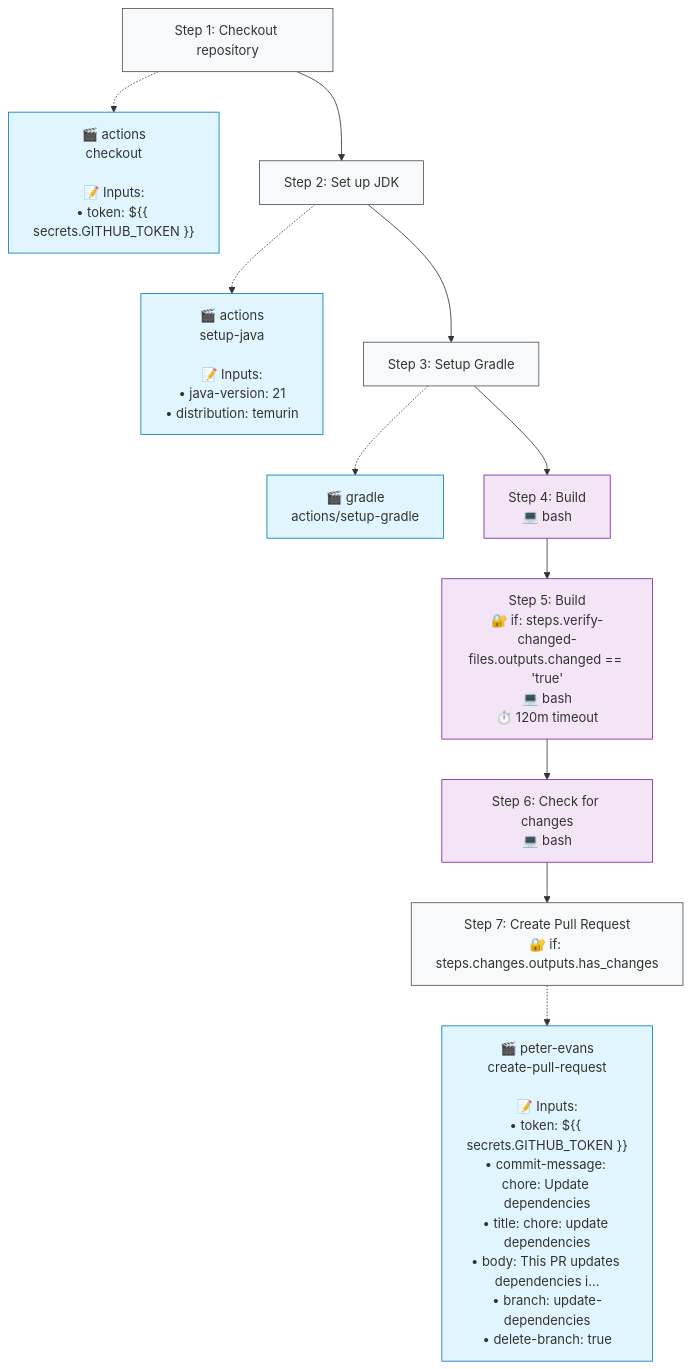
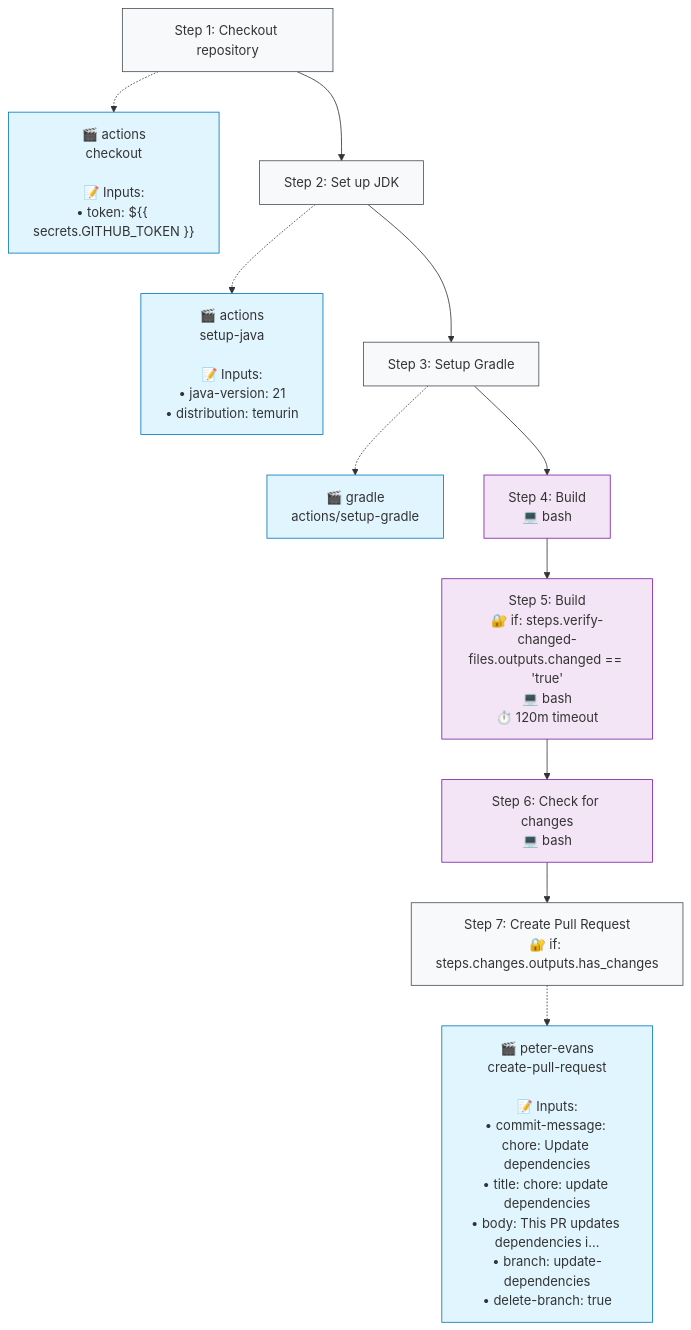
The second of 2 diagrams in .github/typeflows/update-dependencies/README.md (http4k/http4k), drawn with Mermaid before and after one commit. The commit also changed 2 other files, not shown here.

Commit message:
update versions

````diff
--- a/.github/typeflows/update-dependencies/README.md
+++ b/.github/typeflows/update-dependencies/README.md
@@ -23,36 +23,36 @@
 ```mermaid
 %%{init: {"flowchart": {"curve": "basis"}}}%%
 flowchart TD
     step1["Step 1: Checkout repository"]
     style step1 fill:#f8f9fa,stroke:#495057
     action1["🎬 actions<br/>checkout<br/><br/>📝 Inputs:<br/>• token: ${{ secrets.GITHUB_TOKEN }}"]
     style action1 fill:#e1f5fe,stroke:#0277bd
     step1 -.-> action1
     step2["Step 2: Set up JDK"]
     style step2 fill:#f8f9fa,stroke:#495057
     action2["🎬 actions<br/>setup-java<br/><br/>📝 Inputs:<br/>• java-version: 21<br/>• distribution: temurin"]
     style action2 fill:#e1f5fe,stroke:#0277bd
     step2 -.-> action2
     step1 --> step2
     step3["Step 3: Setup Gradle"]
     style step3 fill:#f8f9fa,stroke:#495057
     action3["🎬 gradle<br/>actions/setup-gradle"]
     style action3 fill:#e1f5fe,stroke:#0277bd
     step3 -.-> action3
     step2 --> step3
     step4["Step 4: Build<br/>💻 bash"]
     style step4 fill:#f3e5f5,stroke:#7b1fa2
     step3 --> step4
     step5["Step 5: Build<br/>🔐 if: steps.verify-changed-files.outputs.changed == 'true'<br/>💻 bash<br/>⏱️ 120m timeout"]
     style step5 fill:#f3e5f5,stroke:#7b1fa2
     step4 --> step5
     step6["Step 6: Check for changes<br/>💻 bash"]
     style step6 fill:#f3e5f5,stroke:#7b1fa2
     step5 --> step6
     step7["Step 7: Create Pull Request<br/>🔐 if: steps.changes.outputs.has_changes"]
     style step7 fill:#f8f9fa,stroke:#495057
-    action7["🎬 peter-evans<br/>create-pull-request<br/><br/>📝 Inputs:<br/>• token: ${{ secrets.GITHUB_TOKEN }}<br/>• commit-message: chore: Update dependencies<br/>• title: chore: update dependencies<br/>• body: This PR updates dependencies i...<br/>• branch: update-dependencies<br/>• delete-branch: true"]
+    action7["🎬 peter-evans<br/>create-pull-request<br/><br/>📝 Inputs:<br/>• commit-message: chore: Update dependencies<br/>• title: chore: update dependencies<br/>• body: This PR updates dependencies i...<br/>• branch: update-dependencies<br/>• delete-branch: true"]
     style action7 fill:#e1f5fe,stroke:#0277bd
     step7 -.-> action7
     step6 --> step7
 ```
````
